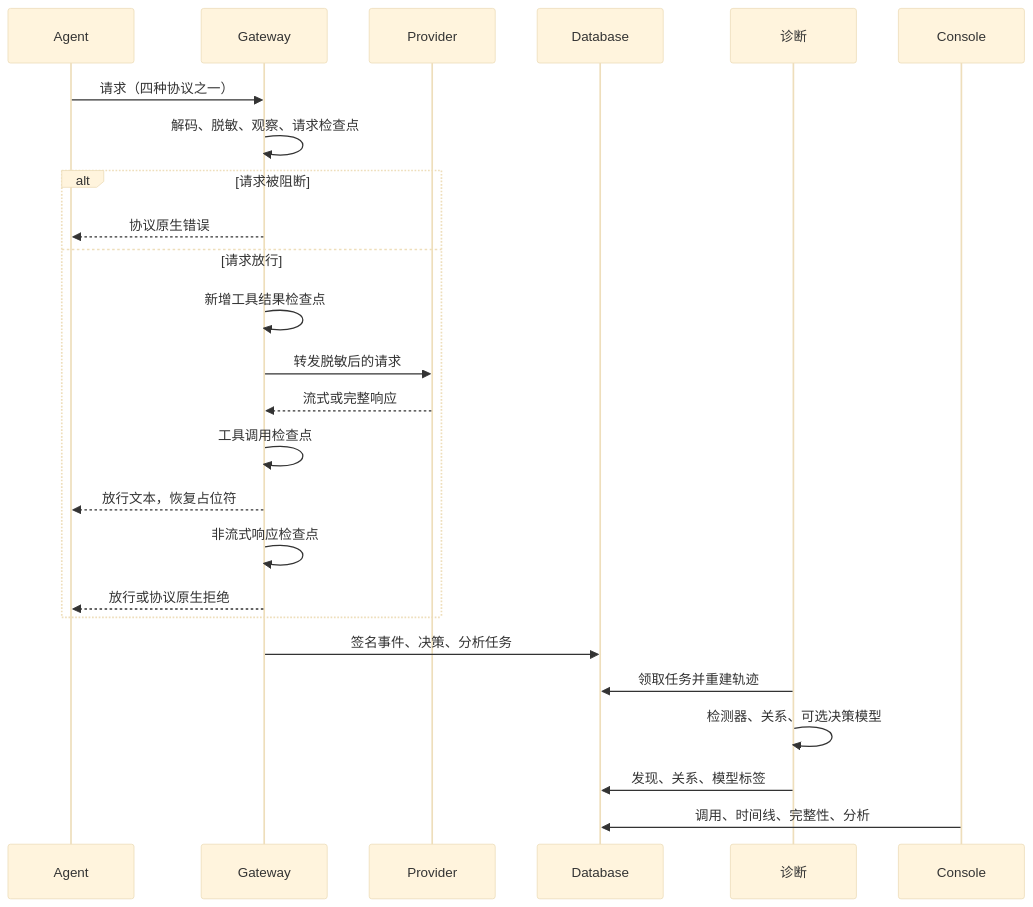
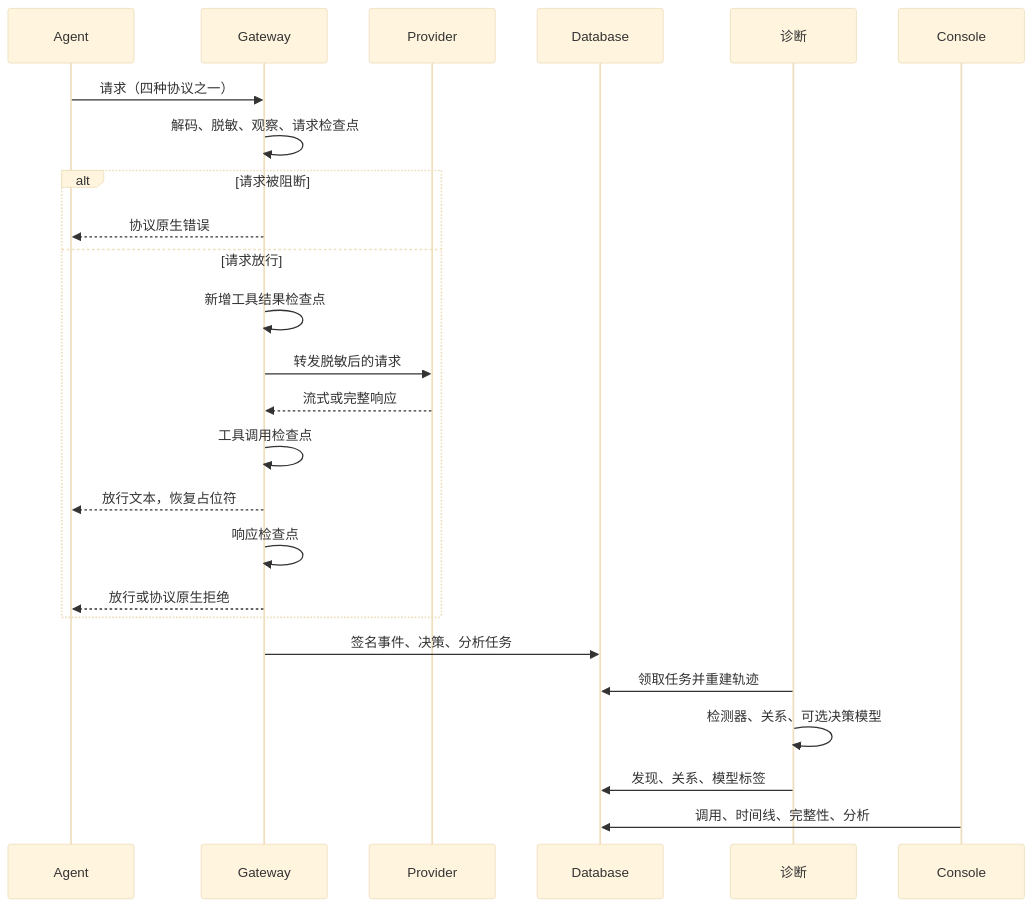
One commit to yv1ing/SafeAgent changed the second of 2 diagrams in docs/human/architecture_zh.md. Above: the diagram before and after it, drawn with Mermaid (base theme). The commit also changed other lines of this file and 69 other files, not shown here.

````diff
--- a/docs/human/architecture_zh.md
+++ b/docs/human/architecture_zh.md
@@ -52,28 +52,28 @@
 ```mermaid
 sequenceDiagram
     participant Agent
     participant Gateway
     participant Provider
     participant Database
     participant Diagnosis as 诊断
     participant Console
 
     Agent->>Gateway: 请求（四种协议之一）
     Gateway->>Gateway: 解码、脱敏、观察、请求检查点
     alt 请求被阻断
         Gateway-->>Agent: 协议原生错误
     else 请求放行
         Gateway->>Gateway: 新增工具结果检查点
         Gateway->>Provider: 转发脱敏后的请求
         Provider-->>Gateway: 流式或完整响应
         Gateway->>Gateway: 工具调用检查点
         Gateway-->>Agent: 放行文本，恢复占位符
-        Gateway->>Gateway: 非流式响应检查点
+        Gateway->>Gateway: 响应检查点
         Gateway-->>Agent: 放行或协议原生拒绝
     end
     Gateway->>Database: 签名事件、决策、分析任务
     Diagnosis->>Database: 领取任务并重建轨迹
     Diagnosis->>Diagnosis: 检测器、关系、可选决策模型
     Diagnosis->>Database: 发现、关系、模型标签
     Console->>Database: 调用、时间线、完整性、分析
 ```
````
